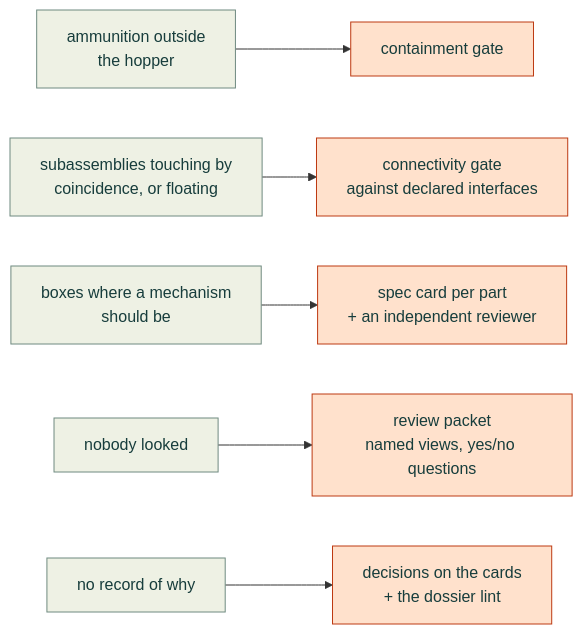
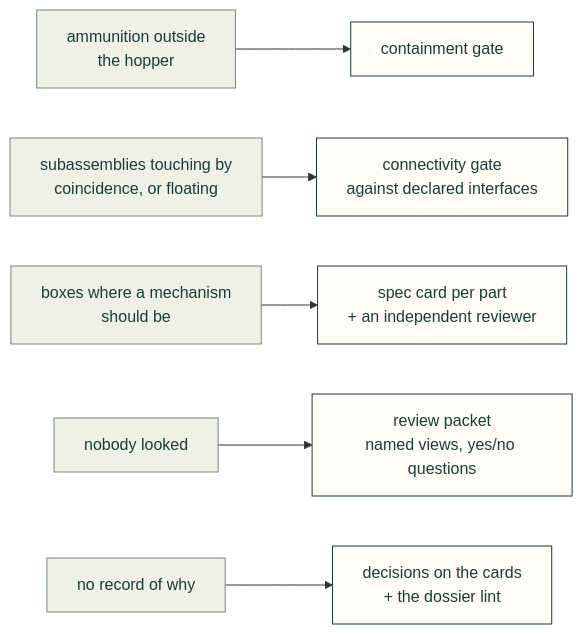
One commit to Valpatel/cad-agent changed the diagram in research/design-workflows.md. Above: the diagram before and after it, drawn with Mermaid.

Commit message:
Design workflows: countermeasures are this page's pieces (here), not outputs

````diff
--- a/research/design-workflows.md
+++ b/research/design-workflows.md
@@ -316,13 +316,13 @@
 ```mermaid
 flowchart LR
     S1["ammunition outside<br/>the hopper"] --> C1["containment gate"]
     S2["subassemblies touching by<br/>coincidence, or floating"] --> C2["connectivity gate<br/>against declared interfaces"]
     S3["boxes where a mechanism<br/>should be"] --> C3["spec card per part<br/>+ an independent reviewer"]
     S4["nobody looked"] --> C4["review packet<br/>named views, yes/no questions"]
     S5["no record of why"] --> C5["decisions on the cards<br/>+ the dossier lint"]
     classDef here fill:#fffdf5,stroke:#173d3c,color:#173d3c
     classDef near fill:#eef1e4,stroke:#6f8a80,color:#173d3c
     classDef out fill:#ffe1cc,stroke:#bd3a12,color:#173d3c
     class S1,S2,S3,S4,S5 near
-    class C1,C2,C3,C4,C5 out
+    class C1,C2,C3,C4,C5 here
 ```
````
